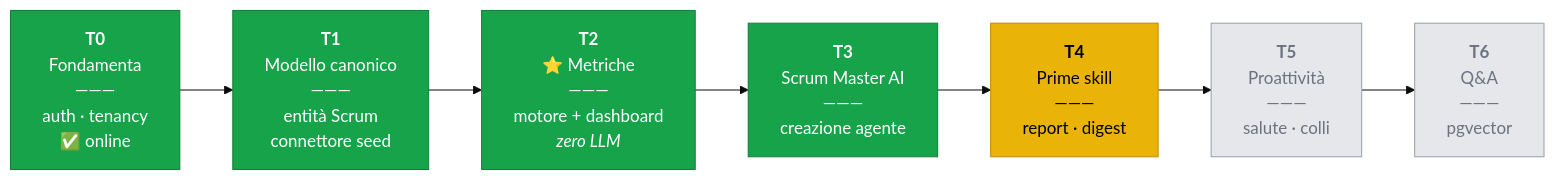
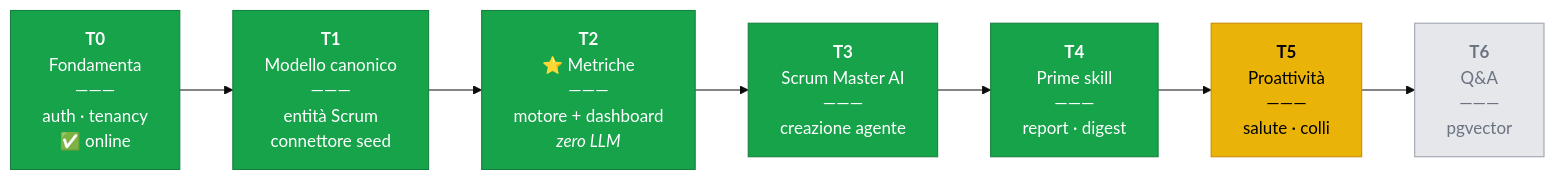
Before and after one commit to dibari62/scrum-master-ai: the second of 3 diagrams in docs/stato-progetto.md, drawn with Mermaid (base theme). The commit also changed other lines of this file and 26 other files, not shown here.

````diff
--- a/docs/stato-progetto.md
+++ b/docs/stato-progetto.md
@@ -81,20 +82,20 @@
 ```mermaid
 graph LR
     T0["<b>T0</b><br/>Fondamenta<br/>———<br/>auth · tenancy<br/>✅ online"]
     T1["<b>T1</b><br/>Modello canonico<br/>———<br/>entità Scrum<br/>connettore seed"]
     T2["<b>T2</b><br/>⭐ Metriche<br/>———<br/>motore + dashboard<br/><i>zero LLM</i>"]
     T3["<b>T3</b><br/>Scrum Master AI<br/>———<br/>creazione agente"]
     T4["<b>T4</b><br/>Prime skill<br/>———<br/>report · digest"]
     T5["<b>T5</b><br/>Proattività<br/>———<br/>salute · colli"]
     T6["<b>T6</b><br/>Q&A<br/>———<br/>pgvector"]
 
     T0 --> T1 --> T2 --> T3 --> T4 --> T5 --> T6
 
     classDef fatto fill:#16a34a,stroke:#15803d,color:#fff
     classDef prossimo fill:#eab308,stroke:#ca8a04,color:#000
     classDef todo fill:#e5e7eb,stroke:#9ca3af,color:#6b7280
 
-    class T0,T1,T2,T3 fatto
-    class T4 prossimo
-    class T5,T6 todo
+    class T0,T1,T2,T3,T4 fatto
+    class T5 prossimo
+    class T6 todo
 ```
````
